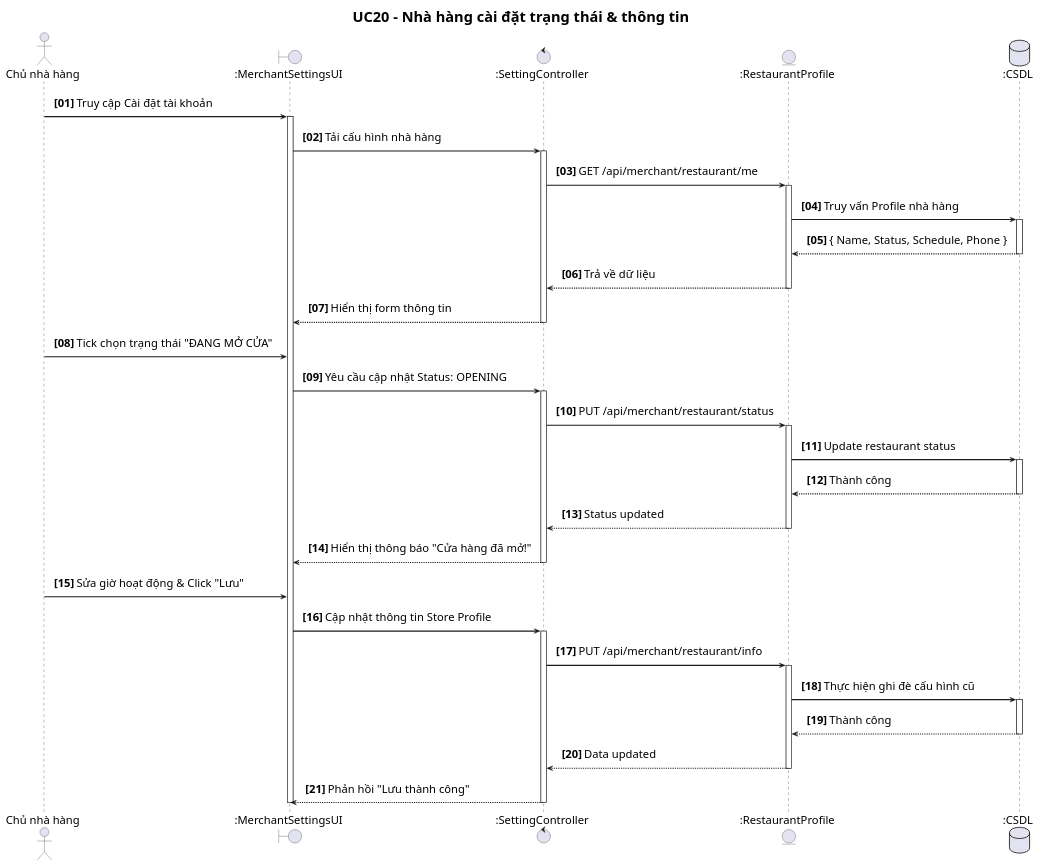
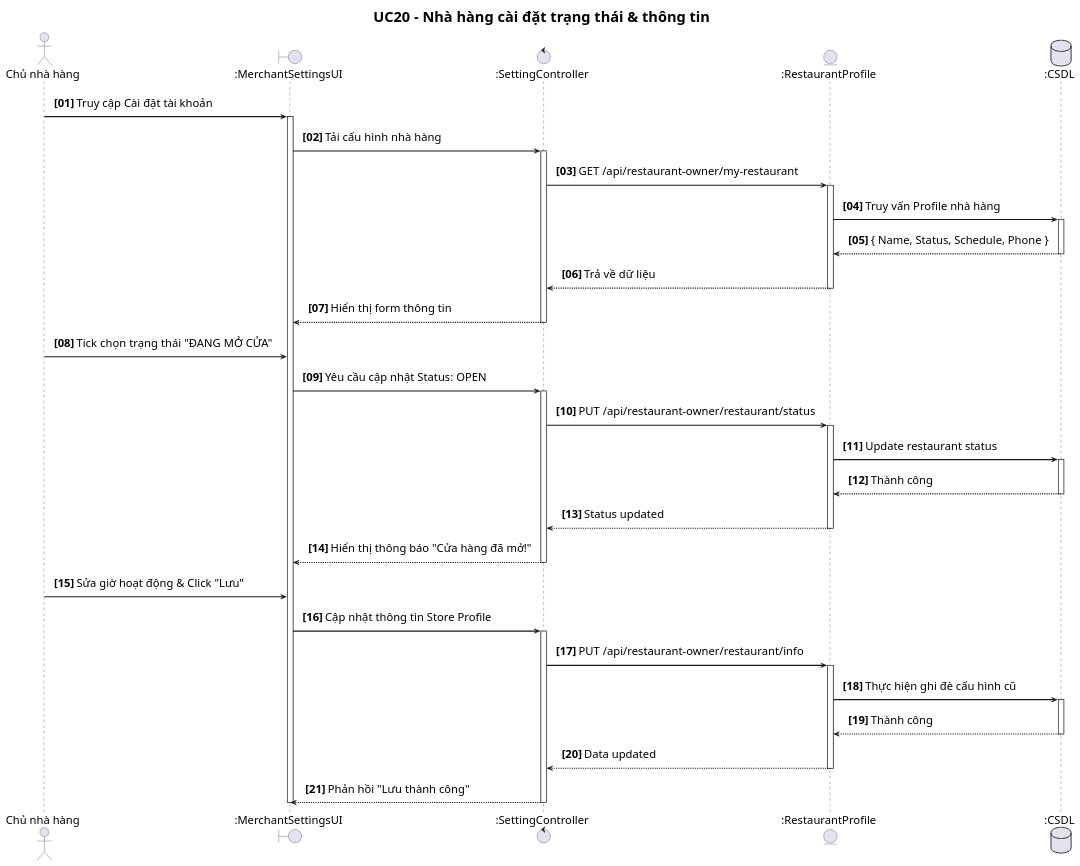
The diagram in front-end/src/usecaseUML/UC20_NhaHangCaiDat.puml (Gonztbl/DATN_FRONT-END), drawn with PlantUML before and after one commit. The commit also changed 40 other files, not shown here.

```diff
--- a/front-end/src/usecaseUML/UC20_NhaHangCaiDat.puml
+++ b/front-end/src/usecaseUML/UC20_NhaHangCaiDat.puml
@@ -1,73 +1,73 @@
 @startuml UC20_NhaHangCaiDat
 title UC20 - Nhà hàng cài đặt trạng thái & thông tin
 
 autonumber "<b>[00]</b>"
 skinparam sequenceArrowThickness 2
 skinparam roundcorner 10
 skinparam defaultFontSize 20
 skinparam titleFontSize 26
 skinparam sequenceFontSize 19
 skinparam sequenceMessageFontSize 20
 skinparam sequenceActorFontSize 20
 skinparam sequenceParticipantFontSize 20
 skinparam noteFontSize 18
 skinparam sequenceArrowFontSize 20
 skinparam sequence {
     ParticipantPadding 30
     LifeLinePadding 20
     MessagePadding 10
 }
 
 actor "Chủ nhà hàng" as Merchant
 boundary ":MerchantSettingsUI" as UI
 control ":SettingController" as CTRL
 entity ":RestaurantProfile" as API
 database ":CSDL" as DB
 
 Merchant -> UI : Truy cập Cài đặt tài khoản
 activate UI
 
 UI -> CTRL : Tải cấu hình nhà hàng
 activate CTRL
-CTRL -> API : GET /api/merchant/restaurant/me
+CTRL -> API : GET /api/restaurant-owner/my-restaurant
 activate API
 API -> DB : Truy vấn Profile nhà hàng
 activate DB
 DB --> API : { Name, Status, Schedule, Phone }
 deactivate DB
 API --> CTRL : Trả về dữ liệu
 deactivate API
 CTRL --> UI : Hiển thị form thông tin
 deactivate CTRL
 
 Merchant -> UI : Tick chọn trạng thái "ĐANG MỞ CỬA"
-UI -> CTRL : Yêu cầu cập nhật Status: OPENING
+UI -> CTRL : Yêu cầu cập nhật Status: OPEN
 activate CTRL
-CTRL -> API : PUT /api/merchant/restaurant/status
+CTRL -> API : PUT /api/restaurant-owner/restaurant/status
 activate API
 API -> DB : Update restaurant status
 activate DB
 DB --> API : Thành công
 deactivate DB
 API --> CTRL : Status updated
 deactivate API
 CTRL --> UI : Hiển thị thông báo "Cửa hàng đã mở!"
 deactivate CTRL
 
 Merchant -> UI : Sửa giờ hoạt động & Click "Lưu"
 UI -> CTRL : Cập nhật thông tin Store Profile
 activate CTRL
-CTRL -> API : PUT /api/merchant/restaurant/info
+CTRL -> API : PUT /api/restaurant-owner/restaurant/info
 activate API
 API -> DB : Thực hiện ghi đè cấu hình cũ
 activate DB
 DB --> API : Thành công
 deactivate DB
 API --> CTRL : Data updated
 deactivate API
 CTRL --> UI : Phản hồi "Lưu thành công"
 deactivate CTRL
 
 deactivate UI
 
 @enduml
```
